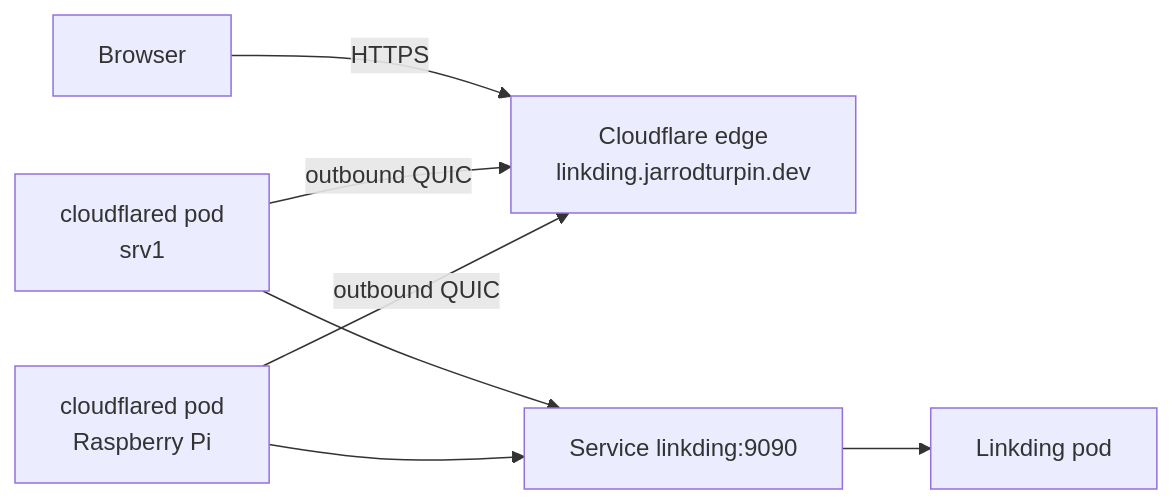
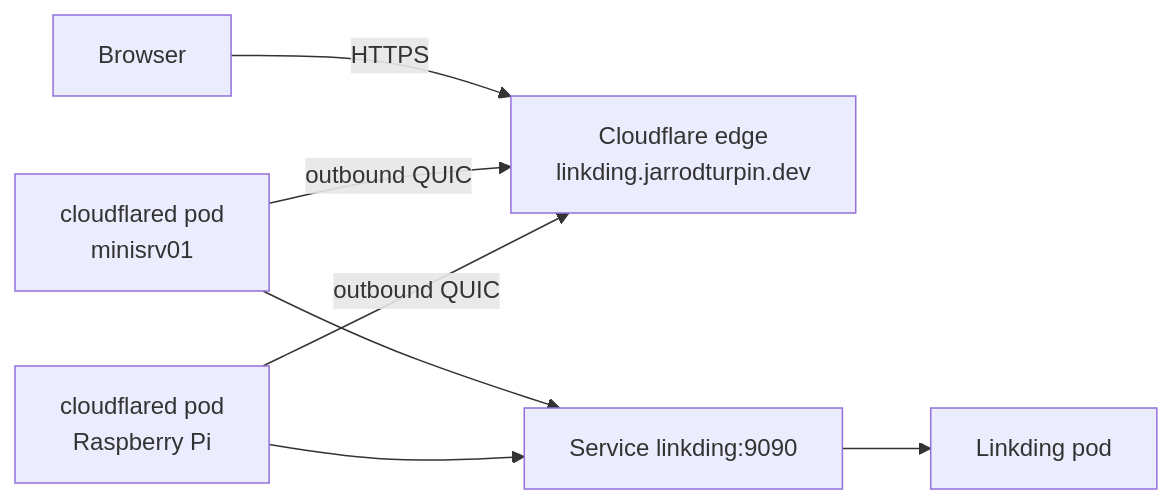
Before and after one commit to turpinator-x/homelab: the second of 6 diagrams in docs/gitops-apps.md, drawn with Mermaid. The commit also changed 6 other files, not shown here.

````diff
--- a/docs/gitops-apps.md
+++ b/docs/gitops-apps.md
@@ -109,9 +109,9 @@
 ```mermaid
 flowchart LR
     U["Browser"] -- "HTTPS" --> E["Cloudflare edge<br>linkding.jarrodturpin.dev"]
-    T1["cloudflared pod<br>srv1"] -- "outbound QUIC" --> E
+    T1["cloudflared pod<br>minisrv01"] -- "outbound QUIC" --> E
     T2["cloudflared pod<br>Raspberry Pi"] -- "outbound QUIC" --> E
     T1 --> S["Service linkding:9090"]
     T2 --> S
     S --> P["Linkding pod"]
 ```
````
